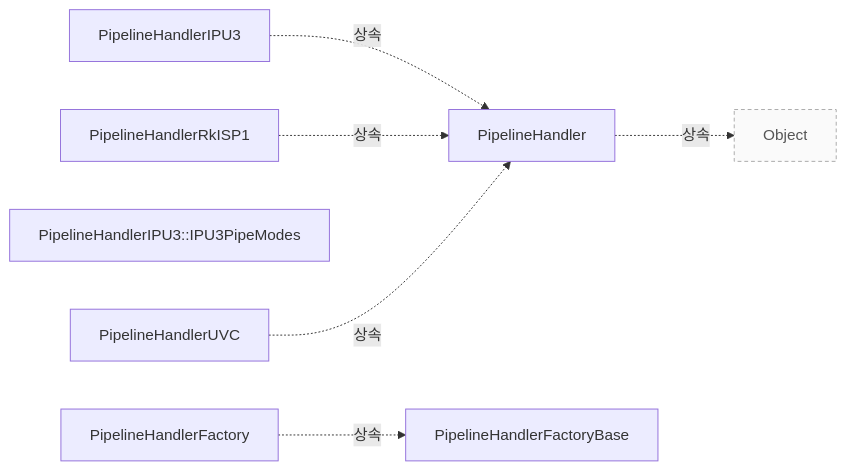
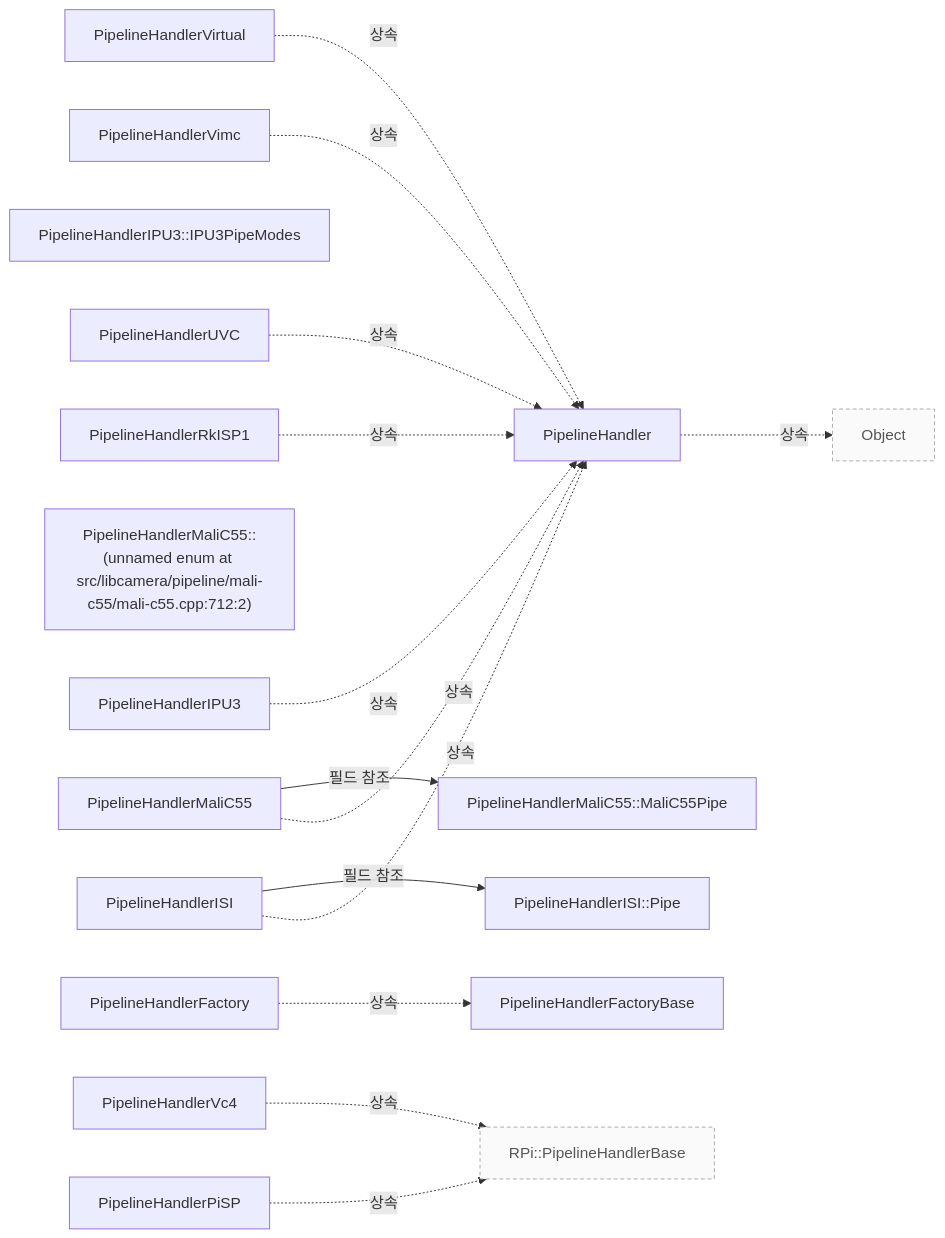
The diagram in docs/pipeline-handler.mmd (TTolsun/libcamera-sdd), drawn with Mermaid before and after one commit. The commit also changed 61 other files, not shown here.

```diff
--- a/docs/pipeline-handler.mmd
+++ b/docs/pipeline-handler.mmd
@@ -1,15 +1,33 @@
 flowchart LR
   c0["Object"]:::context
   c1["PipelineHandler"]
   c2["PipelineHandlerFactory"]
   c3["PipelineHandlerFactoryBase"]
   c4["PipelineHandlerIPU3"]
   c5["PipelineHandlerIPU3::IPU3PipeModes"]
-  c6["PipelineHandlerRkISP1"]
-  c7["PipelineHandlerUVC"]
+  c6["PipelineHandlerISI"]
+  c7["PipelineHandlerISI::Pipe"]
+  c8["PipelineHandlerMaliC55"]
+  c9["PipelineHandlerMaliC55::(unnamed enum at src/libcamera/pipeline/mali-c55/mali-c55.cpp:712:2)"]
+  c10["PipelineHandlerMaliC55::MaliC55Pipe"]
+  c11["PipelineHandlerPiSP"]
+  c12["PipelineHandlerRkISP1"]
+  c13["PipelineHandlerUVC"]
+  c14["PipelineHandlerVc4"]
+  c15["PipelineHandlerVimc"]
+  c16["PipelineHandlerVirtual"]
+  c17["RPi::PipelineHandlerBase"]:::context
   c1 -.->|상속| c0
   c2 -.->|상속| c3
   c4 -.->|상속| c1
   c6 -.->|상속| c1
-  c7 -.->|상속| c1
+  c6 -->|필드 참조| c7
+  c8 -.->|상속| c1
+  c8 -->|필드 참조| c10
+  c11 -.->|상속| c17
+  c12 -.->|상속| c1
+  c13 -.->|상속| c1
+  c14 -.->|상속| c17
+  c15 -.->|상속| c1
+  c16 -.->|상속| c1
   classDef context fill:#fafafa,stroke:#aaa,stroke-dasharray:4 3,color:#555
```
